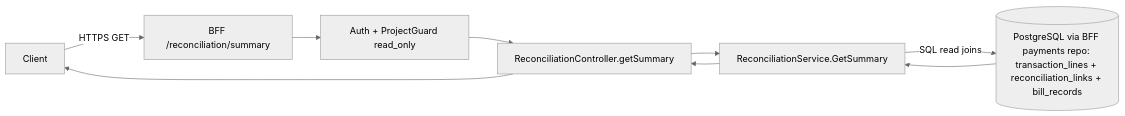
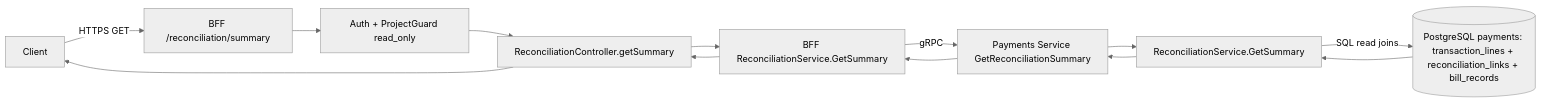
One commit to ralvescosta/costa-financial-assistant changed diagram 19 of 23 in .specify/memory/bff-flows.md. Above: the diagram before and after it, drawn with Mermaid (neutral theme). The commit also changed other lines of this file and 118 other files, not shown here.

````diff
--- a/.specify/memory/bff-flows.md
+++ b/.specify/memory/bff-flows.md
@@ -374,11 +394,11 @@
 ```mermaid
 flowchart LR
     C[Client] -->|HTTPS GET| BFF[BFF /reconciliation/summary]
     BFF --> AUTH[Auth + ProjectGuard read_only]
     AUTH --> RC[ReconciliationController.getSummary]
-    RC --> SVC[ReconciliationService.GetSummary]
-    SVC -->|SQL read joins| RDB[(PostgreSQL via BFF payments repo: transaction_lines + reconciliation_links + bill_records)]
-    RDB --> SVC
-    SVC --> RC
-    RC --> C
+    RC --> SVC[BFF ReconciliationService.GetSummary]
+    SVC -->|gRPC| PAY[Payments Service GetReconciliationSummary]
+    PAY --> RSVC[ReconciliationService.GetSummary]
+    RSVC -->|SQL read joins| RDB[(PostgreSQL payments: transaction_lines + reconciliation_links + bill_records)]
+    RDB --> RSVC --> PAY --> SVC --> RC --> C
 ```
````
